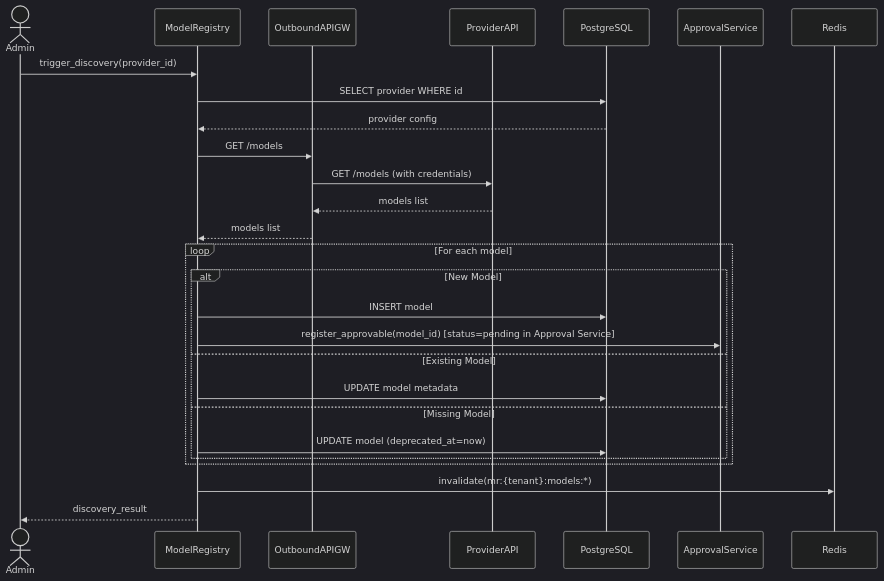
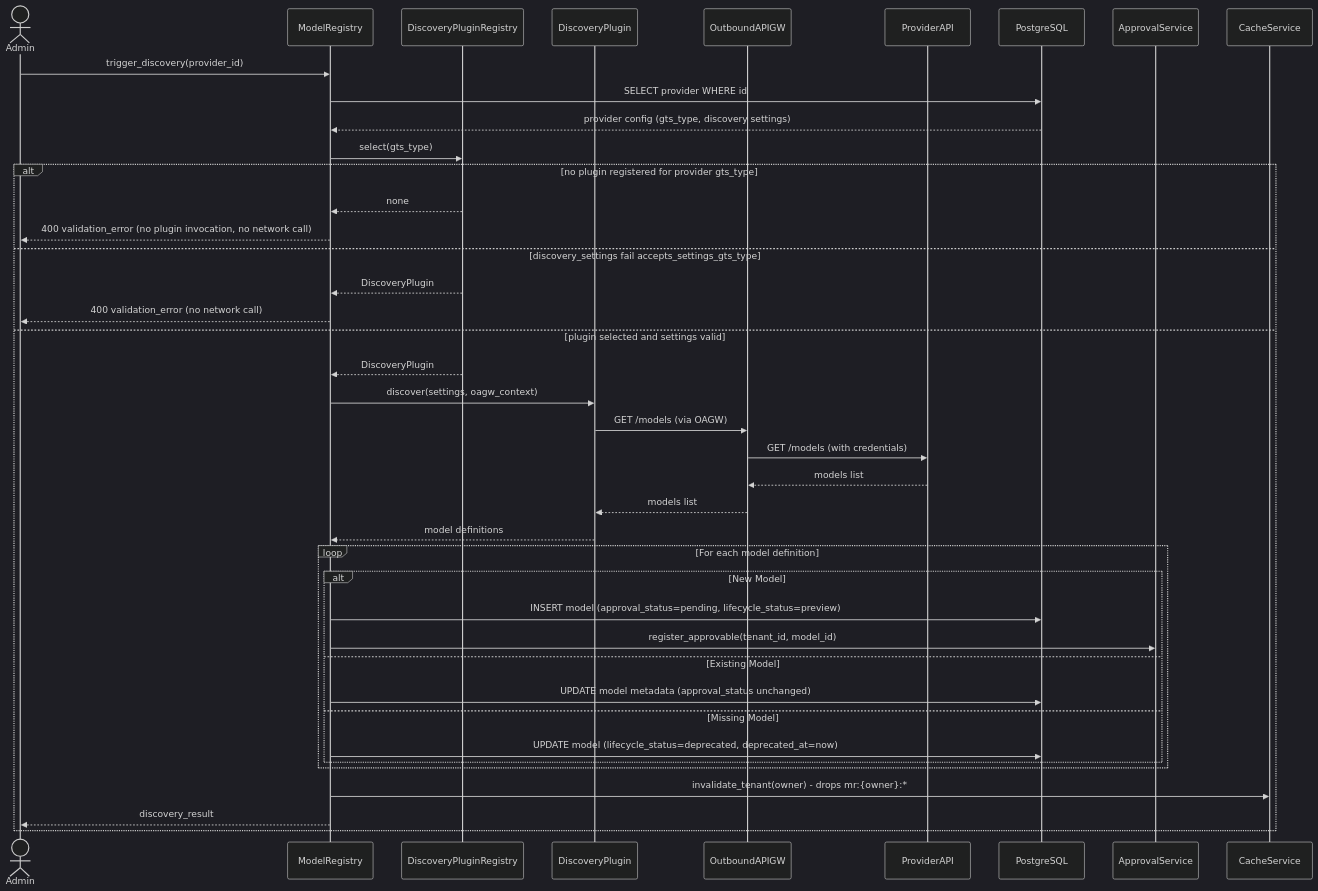
One commit to constructorfabric/gears-rust changed the fifth of 9 diagrams in gears/model-registry/docs/DESIGN.md. Above: the diagram before and after it, drawn with Mermaid (dark theme). The commit also changed other lines of this file and 2 other files, not shown here.

Commit message:
docs(model-registry): Update PRD and DESIGN docs

````diff
--- a/gears/model-registry/docs/DESIGN.md
+++ b/gears/model-registry/docs/DESIGN.md
@@ -756,32 +1094,46 @@
 ```mermaid
 sequenceDiagram
     actor Admin
     participant MR as ModelRegistry
+    participant Registry as DiscoveryPluginRegistry
+    participant Plugin as DiscoveryPlugin
     participant OAGW as OutboundAPIGW
     participant Provider as ProviderAPI
     participant DB as PostgreSQL
     participant Approval as ApprovalService
-    participant Cache as Redis
+    participant Cache as CacheService
 
     Admin->>MR: trigger_discovery(provider_id)
     MR->>DB: SELECT provider WHERE id
-    DB-->>MR: provider config
-    MR->>OAGW: GET /models 
-    OAGW->>Provider: GET /models (with credentials)
-    Provider-->>OAGW: models list
-    OAGW-->>MR: models list
+    DB-->>MR: provider config (gts_type, discovery settings)
+    MR->>Registry: select(gts_type)
+    alt no plugin registered for provider gts_type
+        Registry-->>MR: none
+        MR-->>Admin: 400 validation_error (no plugin invocation, no network call)
+    else discovery_settings fail accepts_settings_gts_type
+        Registry-->>MR: DiscoveryPlugin
+        MR-->>Admin: 400 validation_error (no network call)
+    else plugin selected and settings valid
+        Registry-->>MR: DiscoveryPlugin
+        MR->>Plugin: discover(settings, oagw_context)
+        Plugin->>OAGW: GET /models (via OAGW)
+        OAGW->>Provider: GET /models (with credentials)
+        Provider-->>OAGW: models list
+        OAGW-->>Plugin: models list
+        Plugin-->>MR: model definitions
 
-    loop For each model
-        alt New Model
-            MR->>DB: INSERT model
-            MR->>Approval: register_approvable(model_id) [status=pending in Approval Service]
-        else Existing Model
-            MR->>DB: UPDATE model metadata
-        else Missing Model
-            MR->>DB: UPDATE model (deprecated_at=now)
+        loop For each model definition
+            alt New Model
+                MR->>DB: INSERT model (approval_status=pending, lifecycle_status=preview)
+                MR->>Approval: register_approvable(tenant_id, model_id)
+            else Existing Model
+                MR->>DB: UPDATE model metadata (approval_status unchanged)
+            else Missing Model
+                MR->>DB: UPDATE model (lifecycle_status=deprecated, deprecated_at=now)
+            end
         end
+
+        MR->>Cache: invalidate_tenant(owner) - drops mr:{owner}:*
+        MR-->>Admin: discovery_result
     end
-
-    MR->>Cache: invalidate(mr:{tenant}:models:*)
-    MR-->>Admin: discovery_result
 ```
````
